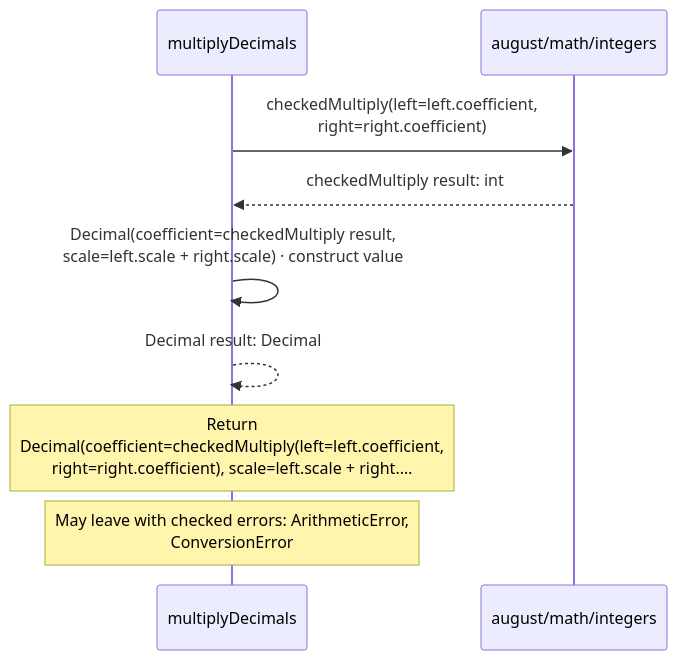
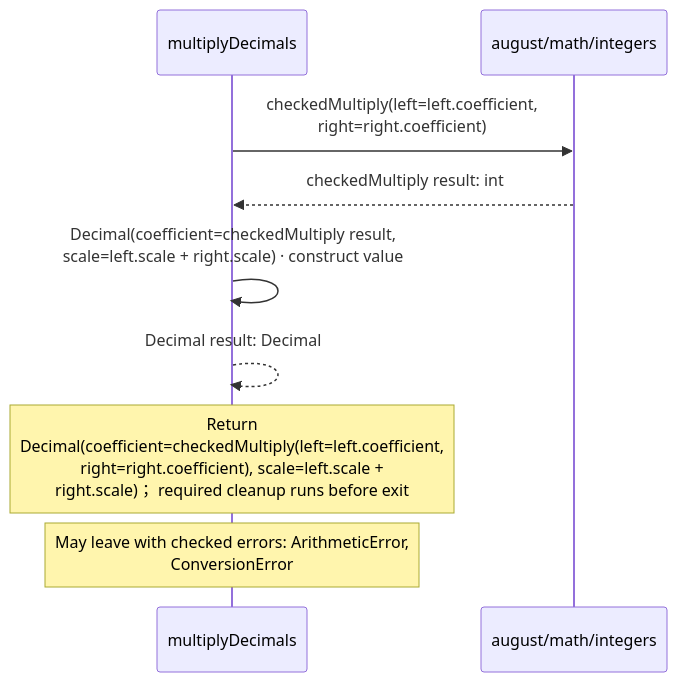
Before and after one commit to GreenPandaStudios/augscript: the eighth of 10 diagrams in src/stdlib/math/decimals.aug.diagrams.md, drawn with Mermaid. The commit also changed other lines of this file and 658 other files, not shown here.

````diff
--- a/src/stdlib/math/decimals.aug.diagrams.md
+++ b/src/stdlib/math/decimals.aug.diagrams.md
@@ -242,11 +283,11 @@
 ```mermaid
 sequenceDiagram
     participant p0 as multiplyDecimals
     participant p1 as august/math/integers
     p0->>p1: checkedMultiply(left=left.coefficient,<br/>right=right.coefficient)
     p1-->>p0: checkedMultiply result: int
     p0->>p0: Decimal(coefficient=checkedMultiply result,<br/>scale=left.scale + right.scale) · construct value
     p0-->>p0: Decimal result: Decimal
-    Note over p0: Return<br/>Decimal(coefficient=checkedMultiply(left=left.coefficient,<br/>right=right.coefficient), scale=left.scale + right.…
+    Note over p0: Return<br/>Decimal(coefficient=checkedMultiply(left=left.coefficient,<br/>right=right.coefficient), scale=left.scale +<br/>right.scale)； required cleanup runs before exit
     Note over p0: May leave with checked errors: ArithmeticError,<br/>ConversionError
 ```
````
